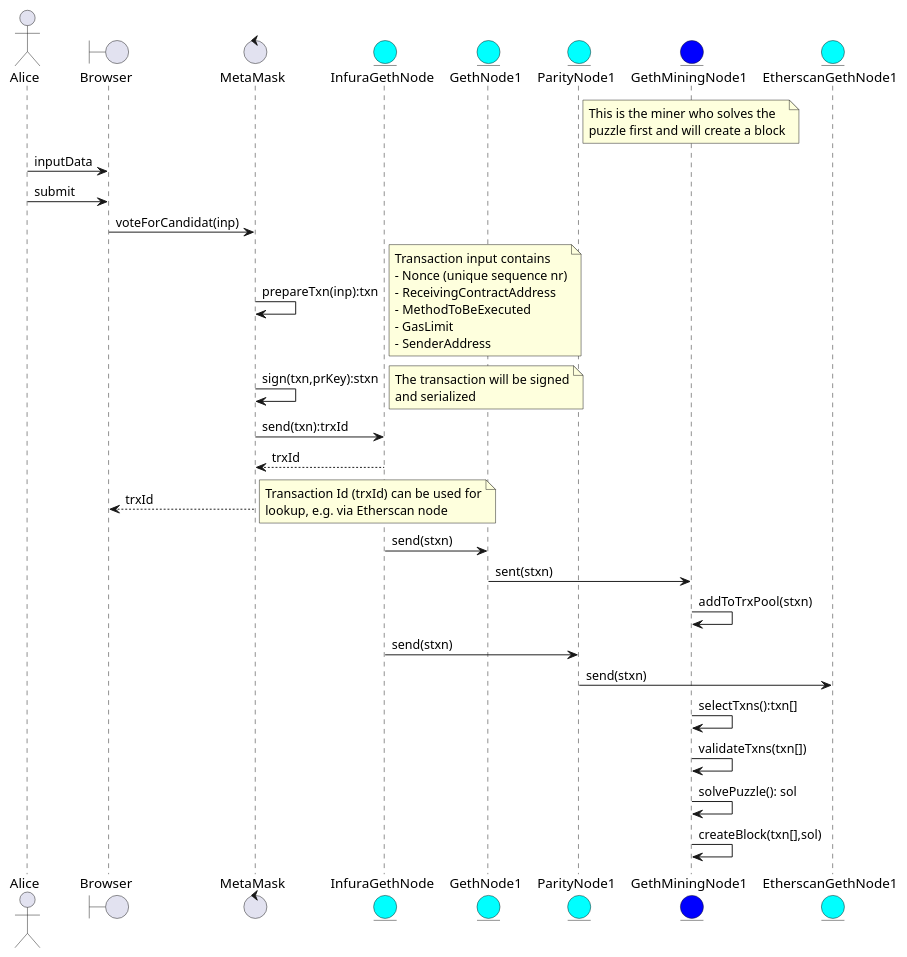
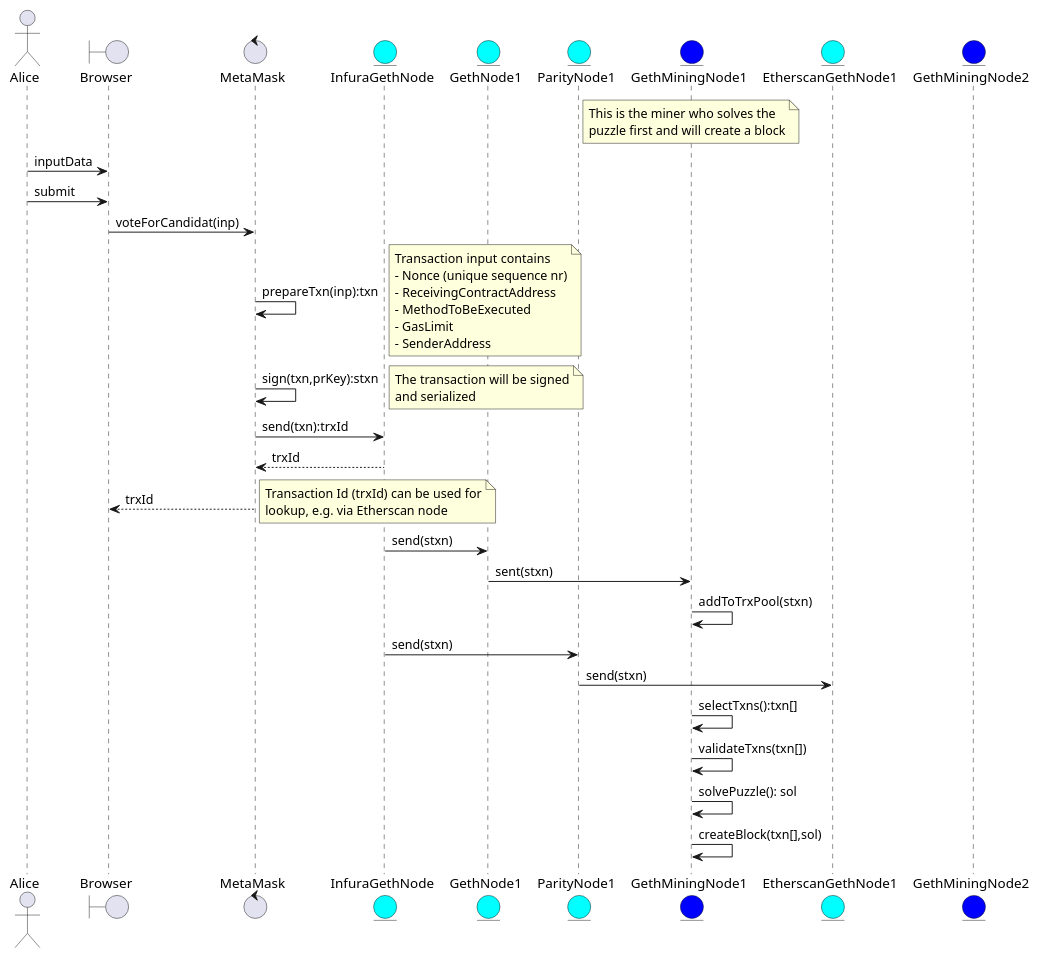
The diagram in models/ethereum/contract-execution-from-wallet.puml (talfco/clb-uml-models), drawn with PlantUML before and after one commit. The commit also changed 4 other files, not shown here.

```diff
--- a/models/ethereum/contract-execution-from-wallet.puml
+++ b/models/ethereum/contract-execution-from-wallet.puml
@@ -1,47 +1,51 @@
 @startuml
 actor Alice
+
 boundary Browser
 control MetaMask
+
 entity InfuraGethNode #aqua
 entity GethNode1 #aqua
 entity ParityNode1 #aqua
 entity GethMiningNode1 #blue
     note over GethMiningNode1
     This is the miner who solves the
     puzzle first and will create a block
     end note
 entity EtherscanGethNode1 #aqua
+entity GethMiningNode2 #blue
+
 Alice -> Browser: inputData
 Alice -> Browser: submit
     Browser -> MetaMask: voteForCandidat(inp)
         MetaMask -> MetaMask: prepareTxn(inp):txn
             note right
             Transaction input contains
             - Nonce (unique sequence nr)
             - ReceivingContractAddress
             - MethodToBeExecuted
             - GasLimit
             - SenderAddress
             end note
         MetaMask -> MetaMask: sign(txn,prKey):stxn
             note right
             The transaction will be signed
             and serialized
             end note
         MetaMask -> InfuraGethNode: send(txn):trxId
         MetaMask <-- InfuraGethNode: trxId
         Browser <-- MetaMask: trxId
             note right
             Transaction Id (trxId) can be used for
             lookup, e.g. via Etherscan node
             end note
             InfuraGethNode -> GethNode1: send(stxn)
             GethNode1 ->  GethMiningNode1: sent(stxn)
             GethMiningNode1 -> GethMiningNode1: addToTrxPool(stxn)
             InfuraGethNode -> ParityNode1: send(stxn)
             ParityNode1 -> EtherscanGethNode1: send(stxn)
             GethMiningNode1 -> GethMiningNode1: selectTxns():txn[]
             GethMiningNode1 -> GethMiningNode1: validateTxns(txn[])
             GethMiningNode1 -> GethMiningNode1: solvePuzzle(): sol
             GethMiningNode1 -> GethMiningNode1: createBlock(txn[],sol)
 @enduml
```
